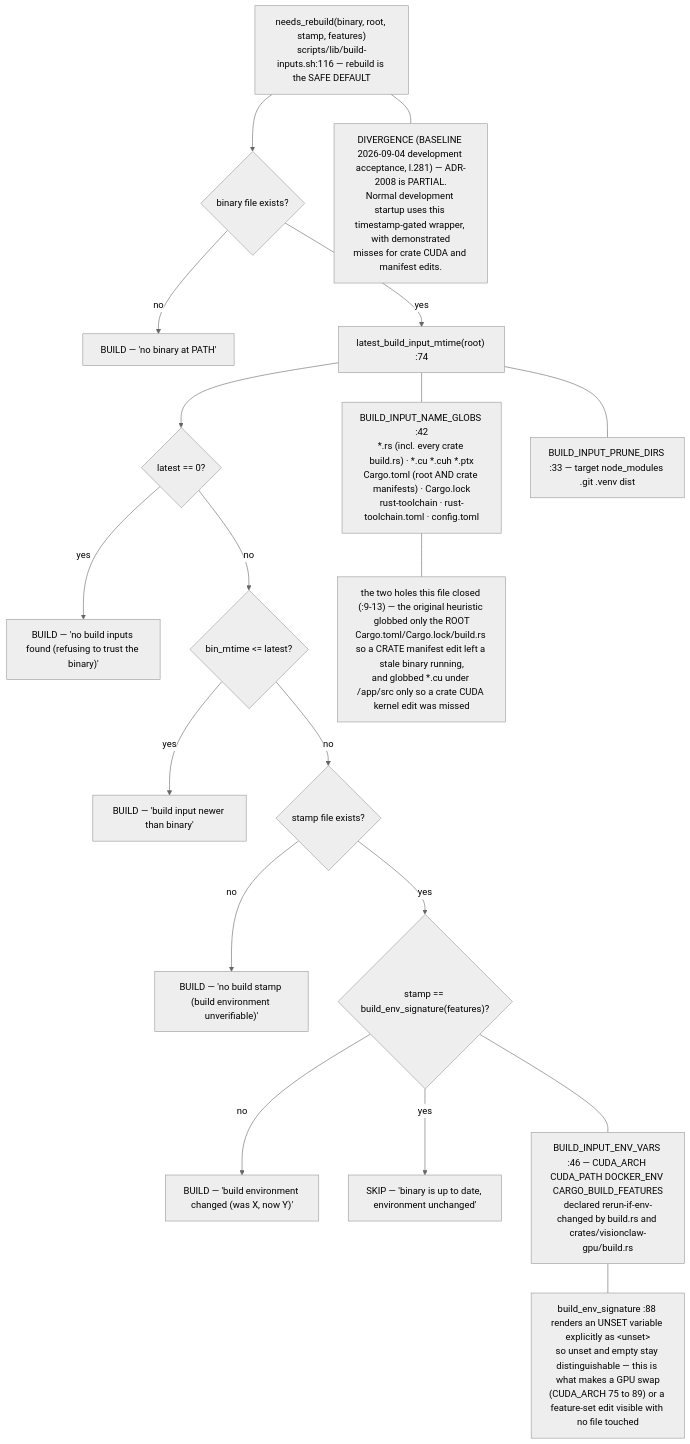
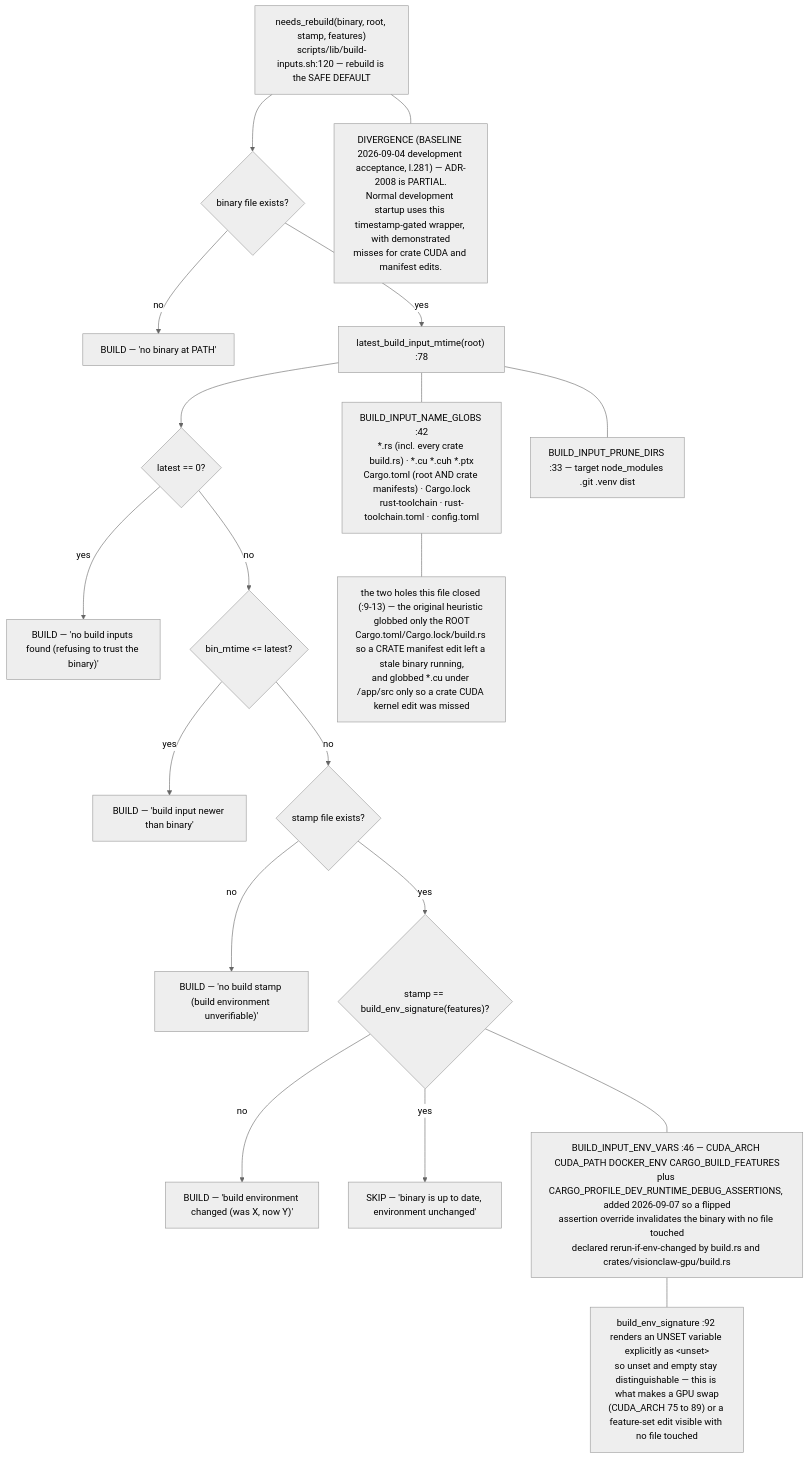
One commit to DreamLab-AI/VisionFlow changed the tenth of 12 diagrams in docs/diagrams/visionclaw/08-observability-health-and-dev-loop.md. Above: the diagram before and after it, drawn with Mermaid (neutral theme). The commit also changed other lines of this file and 32 other files, not shown here.

````diff
--- a/docs/diagrams/visionclaw/08-observability-health-and-dev-loop.md
+++ b/docs/diagrams/visionclaw/08-observability-health-and-dev-loop.md
@@ -305,28 +310,28 @@
 ```mermaid
 flowchart TB
-    NR["needs_rebuild(binary, root, stamp, features)<br/>scripts/lib/build-inputs.sh:116 — rebuild is the SAFE DEFAULT"]
+    NR["needs_rebuild(binary, root, stamp, features)<br/>scripts/lib/build-inputs.sh:120 — rebuild is the SAFE DEFAULT"]
     NR --> C1{"binary file exists?"}
     C1 -->|no| B1["BUILD — 'no binary at PATH'"]
-    C1 -->|yes| C2["latest_build_input_mtime(root) :74"]
+    C1 -->|yes| C2["latest_build_input_mtime(root) :78"]
     C2 --> C3{"latest == 0?"}
     C3 -->|yes| B2["BUILD — 'no build inputs found (refusing to trust the binary)'"]
     C3 -->|no| C4{"bin_mtime <= latest?"}
     C4 -->|yes| B3["BUILD — 'build input newer than binary'"]
     C4 -->|no| C5{"stamp file exists?"}
     C5 -->|no| B4["BUILD — 'no build stamp (build environment unverifiable)'"]
     C5 -->|yes| C6{"stamp == build_env_signature(features)?"}
     C6 -->|no| B5["BUILD — 'build environment changed (was X, now Y)'"]
     C6 -->|yes| SK["SKIP — 'binary is up to date, environment unchanged'"]
     GLOB["BUILD_INPUT_NAME_GLOBS :42<br/>*.rs (incl. every crate build.rs) · *.cu *.cuh *.ptx<br/>Cargo.toml (root AND crate manifests) · Cargo.lock<br/>rust-toolchain · rust-toolchain.toml · config.toml"]
     PRUNE["BUILD_INPUT_PRUNE_DIRS :33 — target node_modules .git .venv dist"]
-    ENVV["BUILD_INPUT_ENV_VARS :46 — CUDA_ARCH CUDA_PATH DOCKER_ENV CARGO_BUILD_FEATURES<br/>declared rerun-if-env-changed by build.rs and crates/visionclaw-gpu/build.rs"]
+    ENVV["BUILD_INPUT_ENV_VARS :46 — CUDA_ARCH CUDA_PATH DOCKER_ENV CARGO_BUILD_FEATURES<br/>plus CARGO_PROFILE_DEV_RUNTIME_DEBUG_ASSERTIONS, added 2026-09-07 so a flipped<br/>assertion override invalidates the binary with no file touched<br/>declared rerun-if-env-changed by build.rs and crates/visionclaw-gpu/build.rs"]
     C2 --- GLOB
     C2 --- PRUNE
     C6 --- ENVV
-    SIG["build_env_signature :88 renders an UNSET variable explicitly as &lt;unset&gt;<br/>so unset and empty stay distinguishable — this is what makes a GPU swap<br/>(CUDA_ARCH 75 to 89) or a feature-set edit visible with no file touched"]
+    SIG["build_env_signature :92 renders an UNSET variable explicitly as &lt;unset&gt;<br/>so unset and empty stay distinguishable — this is what makes a GPU swap<br/>(CUDA_ARCH 75 to 89) or a feature-set edit visible with no file touched"]
     ENVV --- SIG
     HOLES["the two holes this file closed (:9-13) — the original heuristic globbed only the ROOT<br/>Cargo.toml/Cargo.lock/build.rs so a CRATE manifest edit left a stale binary running,<br/>and globbed *.cu under /app/src only so a crate CUDA kernel edit was missed"]
     GLOB --- HOLES
     DIV["DIVERGENCE (BASELINE 2026-09-04 development acceptance, l.281) — ADR-2008 is PARTIAL.<br/>Normal development startup uses this timestamp-gated wrapper, with demonstrated<br/>misses for crate CUDA and manifest edits."]
     NR --- DIV
 ```
````
